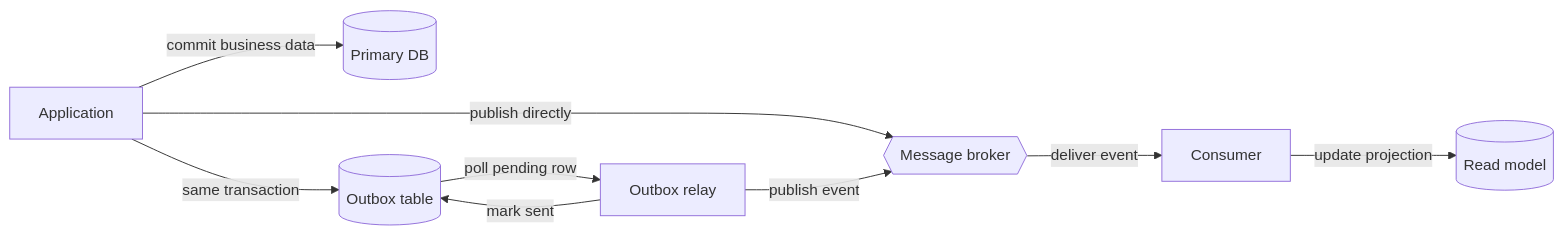
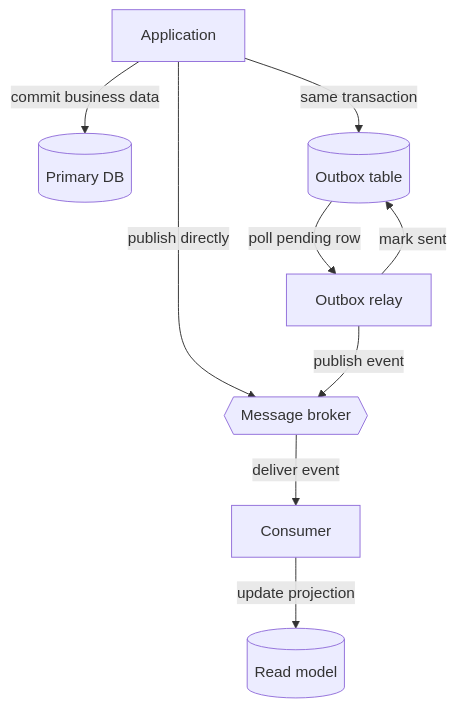
The diagram in example/docs/flows/outbox.mmd (AlexSol/mkdocs-flow-player), drawn with Mermaid before and after one commit. The commit also changed 7 other files, not shown here.

Commit message:
feat: add zoom controls to flow player and update rendering logic

```diff
--- a/example/docs/flows/outbox.mmd
+++ b/example/docs/flows/outbox.mmd
@@ -1,17 +1,17 @@
-flowchart LR
+flowchart TB
     APP[Application]
     DB[(Primary DB)]
     OUTBOX[(Outbox table)]
     RELAY[Outbox relay]
     BROKER{{Message broker}}
     CONSUMER[Consumer]
     READMODEL[(Read model)]
 
+    APP -->|publish directly| BROKER
     APP -->|commit business data| DB
-    APP -->|publish directly| BROKER
     APP -->|same transaction| OUTBOX
     OUTBOX -->|poll pending row| RELAY
     RELAY -->|publish event| BROKER
     RELAY -->|mark sent| OUTBOX
     BROKER -->|deliver event| CONSUMER
     CONSUMER -->|update projection| READMODEL
```
